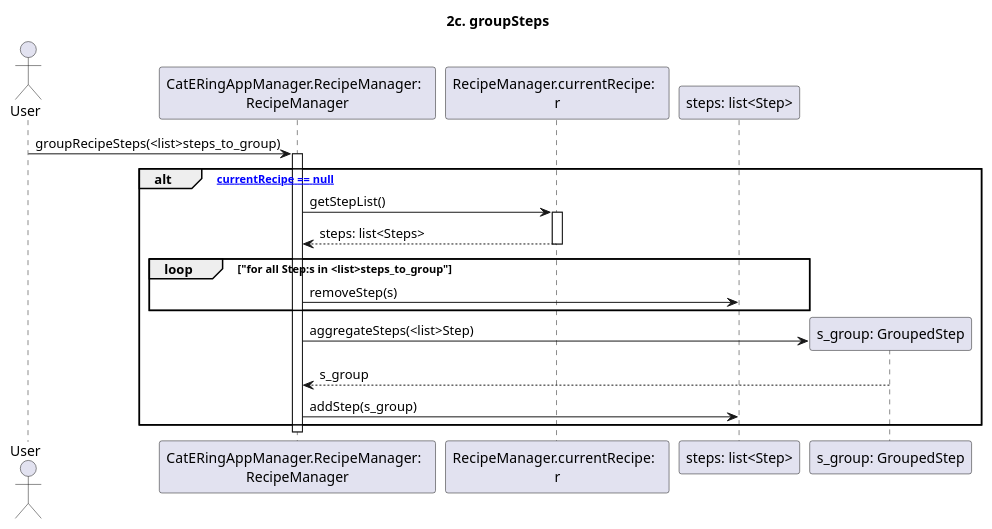
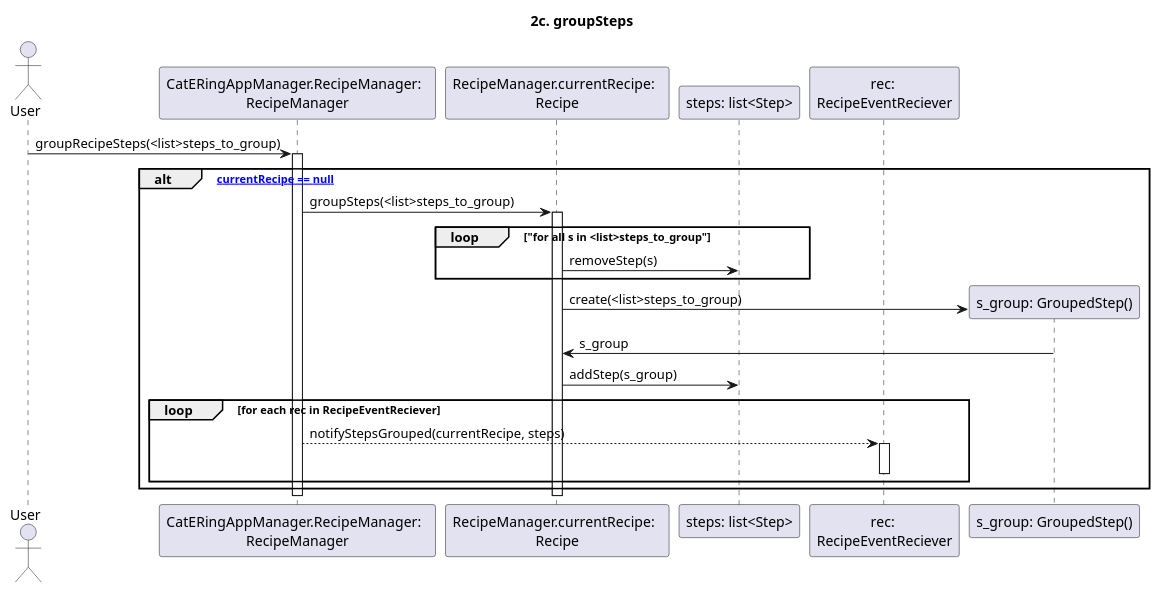
Before and after one commit to m0canu1/sas: the diagram in dsd/dsd-ricette/estensioni/2c-groupSteps.md, drawn with PlantUML. The commit also changed 11 other files, not shown here.

````diff
--- a/dsd/dsd-ricette/estensioni/2c-groupSteps.md
+++ b/dsd/dsd-ricette/estensioni/2c-groupSteps.md
@@ -1,31 +1,32 @@
 ```plantuml
 
 title: 2c. groupSteps
 
 Actor User
 Participant "CatERingAppManager.RecipeManager:  \nRecipeManager" as RM
-Participant "RecipeManager.currentRecipe:  \nr" as CR
+Participant "RecipeManager.currentRecipe:  \nRecipe" as CR
 Participant "steps: list<Step>" as CS
+Participant "rec: \nRecipeEventReciever" as RER
 
 User -> RM: groupRecipeSteps(<list>steps_to_group)
 activate RM
 alt ["currentRecipe == null"]
-    RM -> CR: getStepList()
+    RM -> CR: groupSteps(<list>steps_to_group)
     activate CR
-        CR --> RM: steps: list<Steps>
-    deactivate CR
-    
-    loop "for all Step:s in <list>steps_to_group"
-        RM -> CS: removeStep(s)
+    loop "for all s in <list>steps_to_group"
+        CR -> CS: removeStep(s)
     end
-    create "s_group: GroupedStep"
-
-    RM -> "s_group: GroupedStep": aggregateSteps(<list>Step) 
-    "s_group: GroupedStep" --> RM: s_group
-    
-    RM -> CS: addStep(s_group)
+    create "s_group: GroupedStep()"
+    CR -> "s_group: GroupedStep()": create(<list>steps_to_group)
+    "s_group: GroupedStep()" -> CR: s_group
+    CR -> CS: addStep(s_group)
+    loop for each rec in RecipeEventReciever
+        RM --> RER: notifyStepsGrouped(currentRecipe, steps)
+        activate RER
+        deactivate RER
+    end
 end
 deactivate CR
 deactivate RM
 
 ```
````
